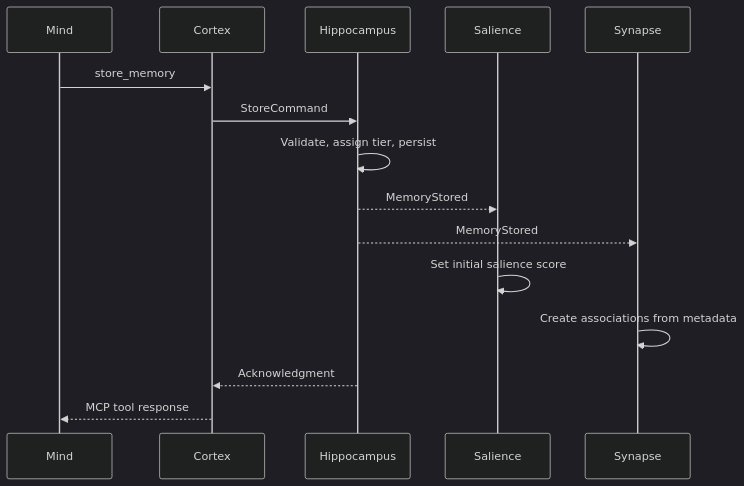
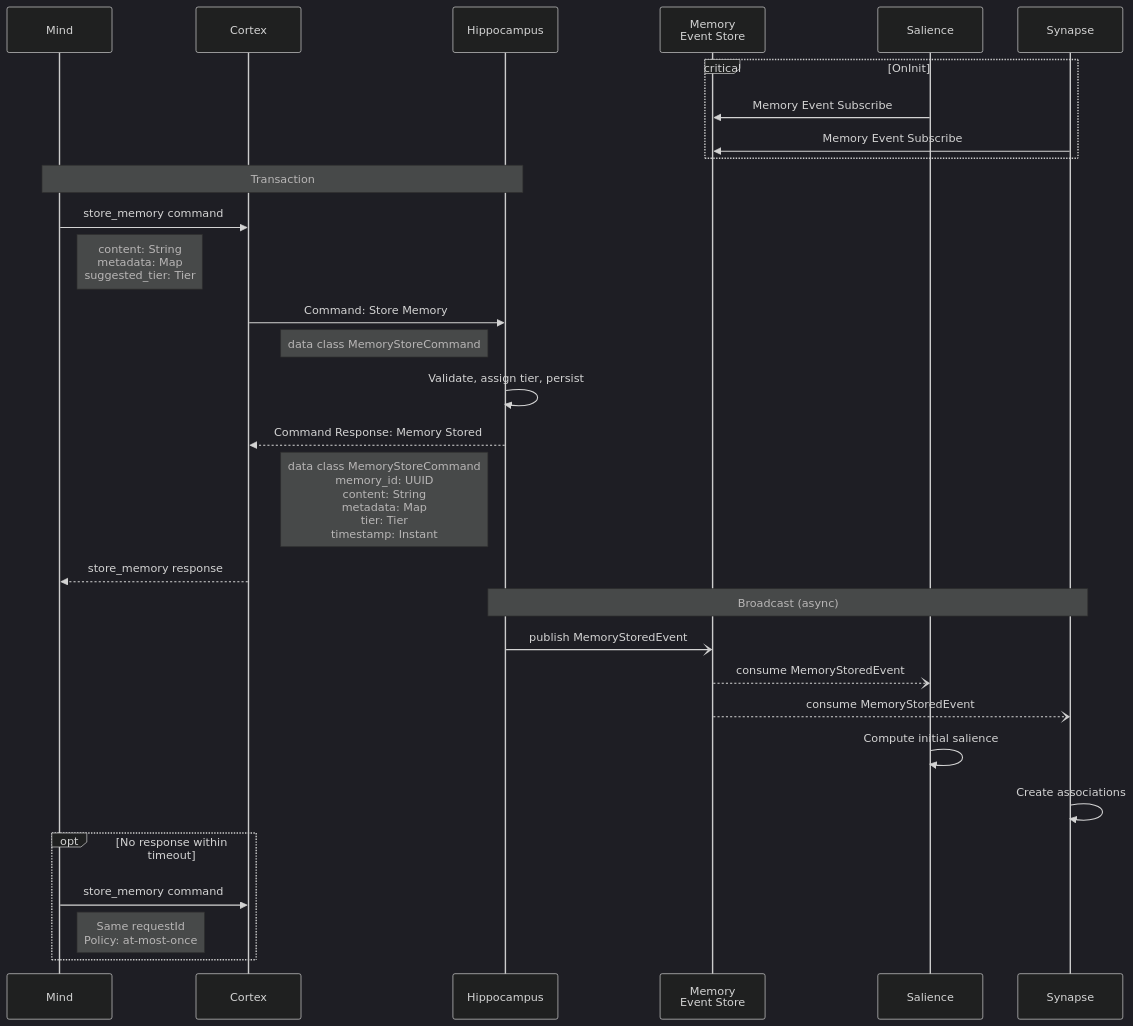
One commit to Mimis-Gildi/mcp-total-recall changed the diagram in site/_includes/diagrams/msg-0001-store-memory.mmd. Above: the diagram before and after it, drawn with Mermaid (dark theme). The commit also changed 1 other file, not shown here.

Commit message:
Fixed Store Memory sequence

```diff
--- a/site/_includes/diagrams/msg-0001-store-memory.mmd
+++ b/site/_includes/diagrams/msg-0001-store-memory.mmd
@@ -1,16 +1,34 @@
 sequenceDiagram
-    participant C as Mind
+    participant M as Mind
     participant CX as Cortex
     participant HP as Hippocampus
+    participant ES as Memory<br/> Event Store
     participant SL as Salience
     participant SY as Synapse
 
-    C->>CX: store_memory
-    CX->>HP: StoreCommand
+    critical OnInit
+        SL ->> ES: Memory Event Subscribe
+        SY ->> ES: Memory Event Subscribe
+    end
+
+    Note over M,HP: Transaction
+    M->>CX: store_memory command
+    Note right of M: content: String<br/>metadata: Map<br/>suggested_tier: Tier
+    CX->>HP: Command: Store Memory
+    Note left of HP: data class MemoryStoreCommand
     HP->>HP: Validate, assign tier, persist
-    HP-->>SL: MemoryStored
-    HP-->>SY: MemoryStored
-    SL->>SL: Set initial salience score
-    SY->>SY: Create associations from metadata
-    HP-->>CX: Acknowledgment
-    CX-->>C: MCP tool response
+    HP-->>CX: Command Response: Memory Stored
+    Note left of HP: data class MemoryStoreCommand<br/> memory_id: UUID<br/>content: String<br/>metadata: Map<br/>tier: Tier<br/>timestamp: Instant
+    CX-->>M: store_memory response
+
+    Note over HP,SY: Broadcast (async)
+    HP-)ES: publish MemoryStoredEvent
+    ES--)SL: consume MemoryStoredEvent
+    ES--)SY: consume MemoryStoredEvent
+    SL->>SL: Compute initial salience
+    SY->>SY: Create associations
+
+    opt No response within timeout
+        M->>CX: store_memory command
+        Note right of M: Same requestId<br/>Policy: at-most-once
+    end
```
